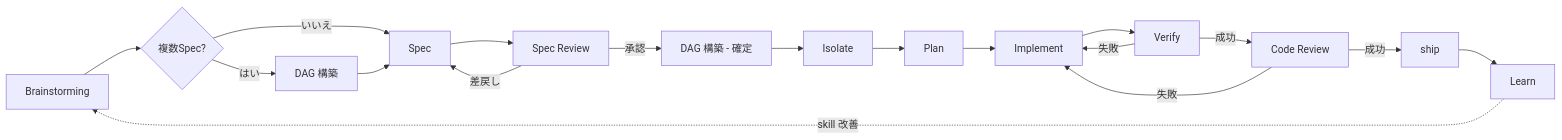
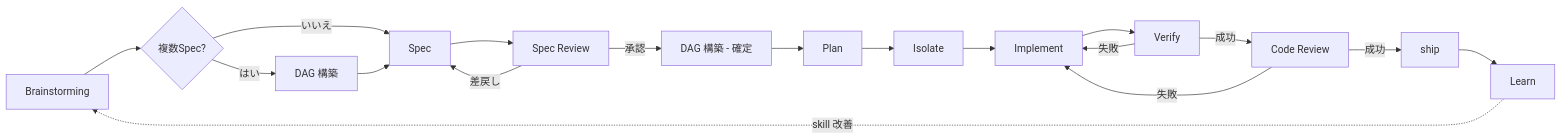
The diagram in docs/workflow.md (gassn/my-workflows), drawn with Mermaid before and after one commit. The commit also changed other lines of this file, not shown here.

Commit message:
改修 A: workflow.md で Isolate と Plan の順序を反転 (Plan が先)

````diff
--- a/docs/workflow.md
+++ b/docs/workflow.md
@@ -48,20 +48,20 @@
 ```mermaid
 flowchart LR
     Z[Brainstorming] --> Y{複数Spec?}
     Y -->|はい| X[DAG 構築]
     Y -->|いいえ| A[Spec]
     X --> A
     A --> B[Spec Review]
     B -->|承認| X2[DAG 構築 - 確定]
     B -->|差戻し| A
-    X2 --> C[Isolate]
-    C --> D[Plan]
-    D --> E[Implement]
+    X2 --> D[Plan]
+    D --> C[Isolate]
+    C --> E[Implement]
     E --> F[Verify]
     F -->|失敗| E
     F -->|成功| G[Code Review]
     G -->|失敗| E
     G -->|成功| H[ship]
     H --> I[Learn]
     I -.->|skill 改善| Z
 ```
````
